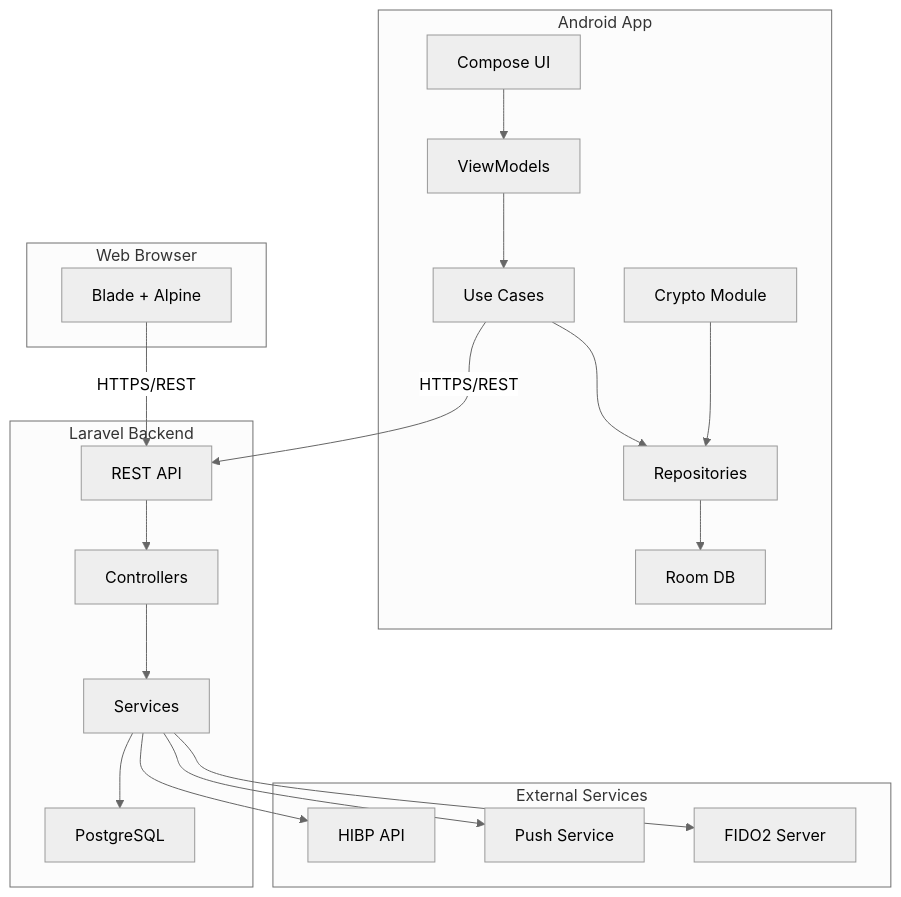
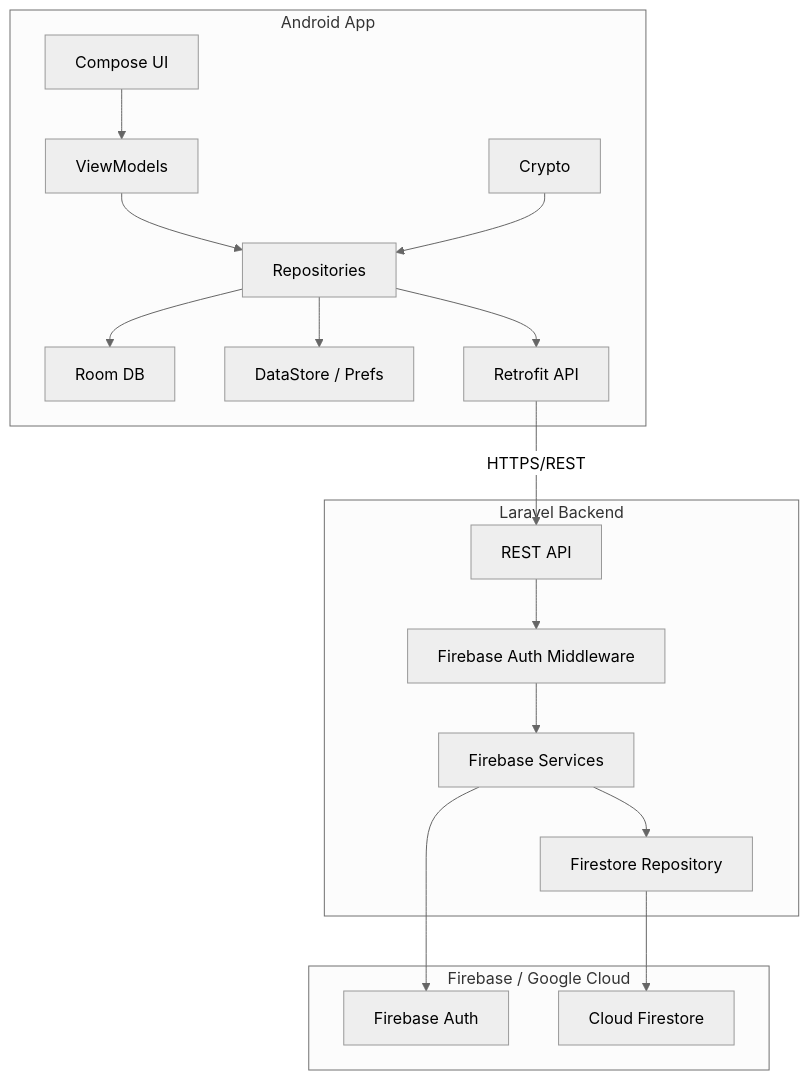
The first of 7 diagrams in docs/DIAGRAMS.md (abhay-byte/truvalt), drawn with Mermaid (neutral theme) before and after one commit. The commit also changed other lines of this file and 49 other files, not shown here.

First line of the commit message:
feat: [TASK-018] Integrate Firebase backend with Android app

````diff
--- a/docs/DIAGRAMS.md
+++ b/docs/DIAGRAMS.md
@@ -9,44 +9,38 @@
 ```mermaid
 flowchart TB
     subgraph Android["Android App"]
         UI["Compose UI"]
         VM["ViewModels"]
-        UC["Use Cases"]
         Repo["Repositories"]
         Room["Room DB"]
-        Crypto["Crypto Module"]
+        Prefs["DataStore / Prefs"]
+        Remote["Retrofit API"]
+        Crypto["Crypto"]
     end
-    
-    subgraph Web["Web Browser"]
-        WebUI["Blade + Alpine"]
+
+    subgraph Web["Laravel Backend"]
+        API["REST API"]
+        Middleware["Firebase Auth Middleware"]
+        Services["Firebase Services"]
+        FirestoreRepo["Firestore Repository"]
     end
-    
-    subgraph Backend["Laravel Backend"]
-        API["REST API"]
-        Controllers["Controllers"]
-        Services["Services"]
-        DB["PostgreSQL"]
+
+    subgraph Firebase["Firebase / Google Cloud"]
+        Auth["Firebase Auth"]
+        Store["Cloud Firestore"]
     end
-    
-    subgraph External["External Services"]
-        HIBP["HIBP API"]
-        Push["Push Service"]
-        FIDO["FIDO2 Server"]
-    end
-    
+
     UI --> VM
-    VM --> UC
-    UC --> Repo
+    VM --> Repo
     Repo --> Room
+    Repo --> Prefs
+    Repo --> Remote
     Crypto --> Repo
-    
-    WebUI -->|HTTPS/REST| API
-    API --> Controllers
-    Controllers --> Services
-    Services --> DB
-    
-    UC -->|HTTPS/REST| API
-    Services --> HIBP
-    Services --> Push
-    Services --> FIDO
+
+    Remote -->|HTTPS/REST| API
+    API --> Middleware
+    Middleware --> Services
+    Services --> Auth
+    Services --> FirestoreRepo
+    FirestoreRepo --> Store
 ```
````
